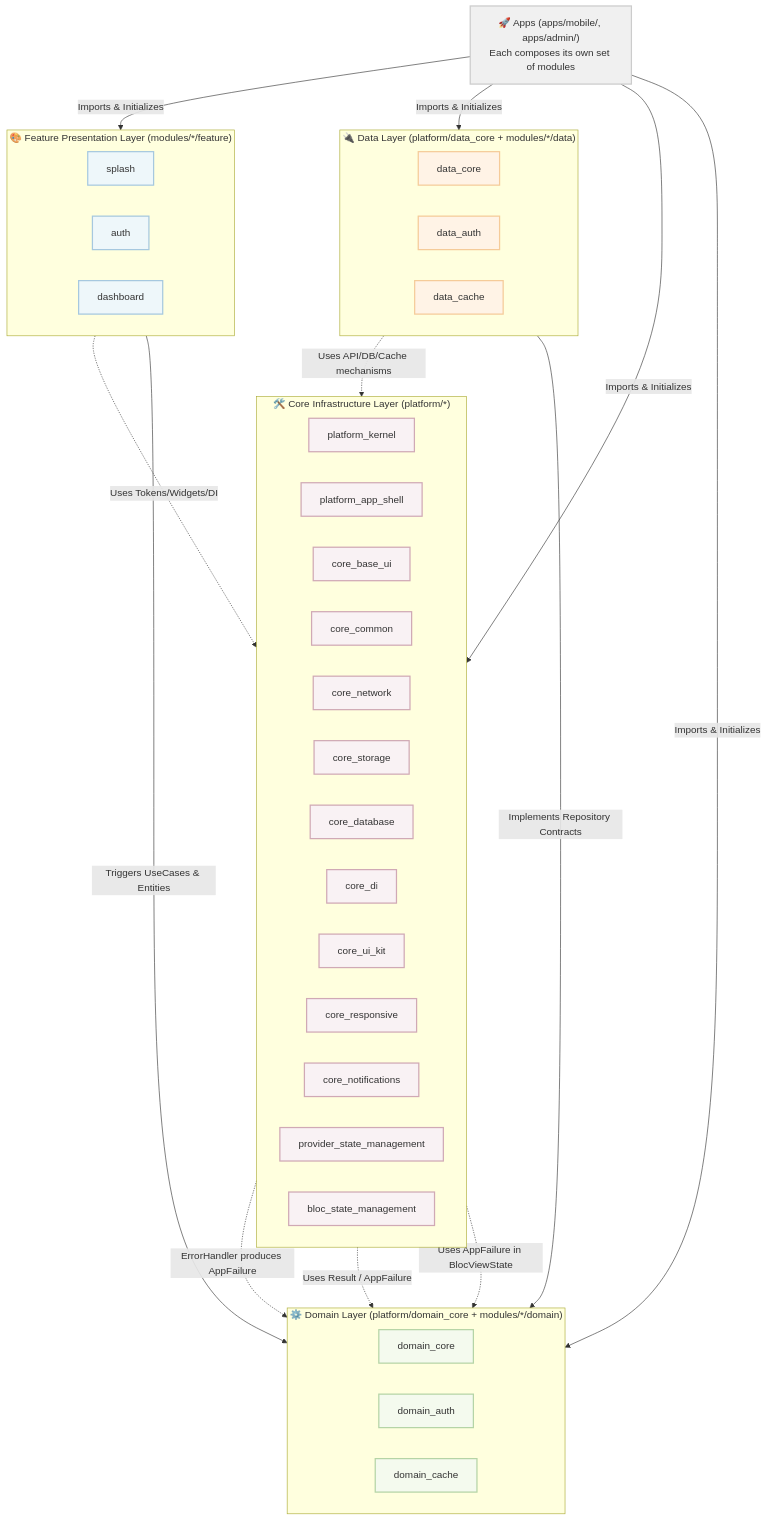
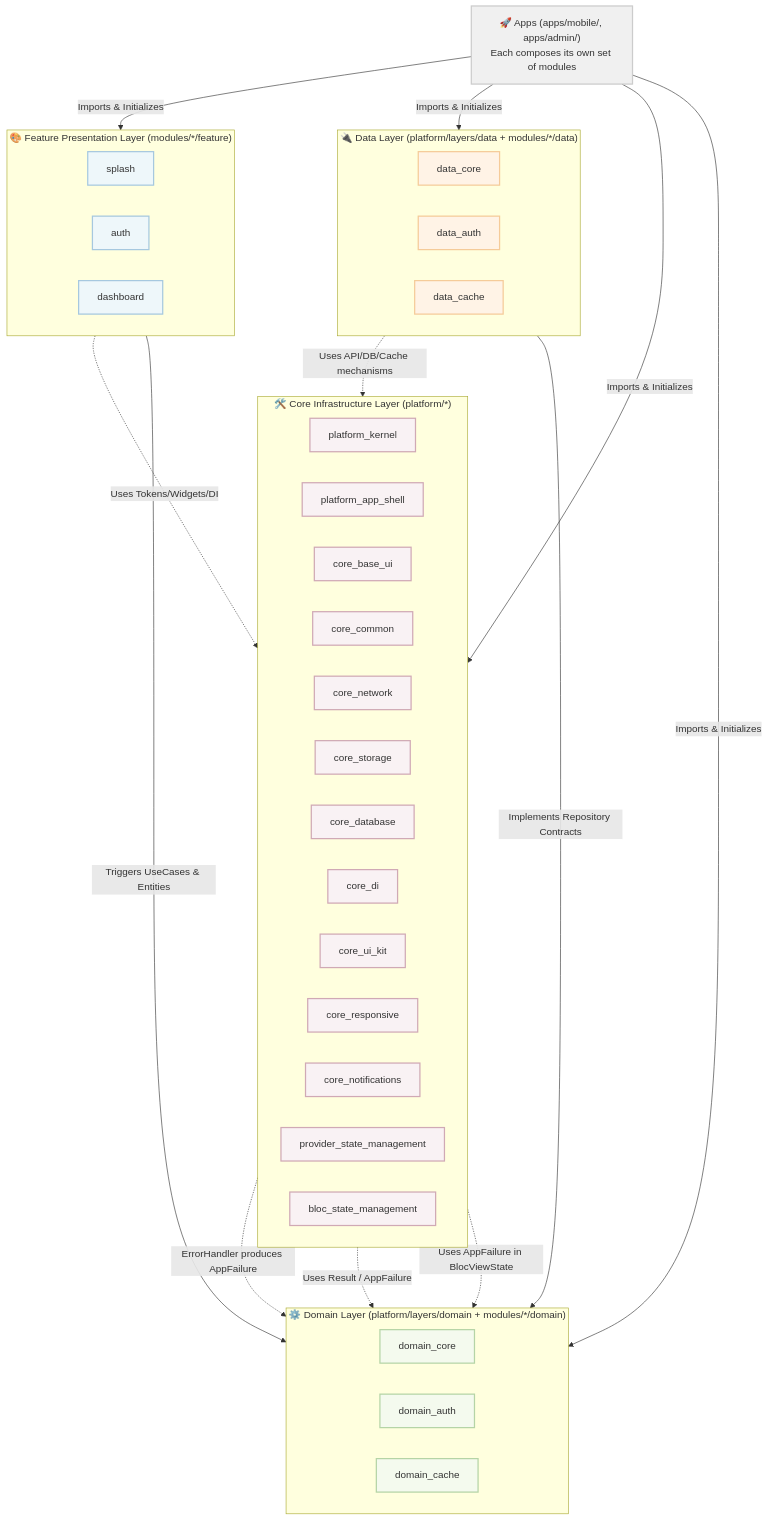
One commit to CaoGiaHieu-dev/flutter-monorepo-codebase changed the diagram in README.md. Above: the diagram before and after it, drawn with Mermaid. The commit also changed other lines of this file and 118 other files, not shown here.

First line of the commit message:
refactor(platform): regroup the 15 platform packages into foundation / layers / infra / ui / state / shell

````diff
--- a/README.md
+++ b/README.md
@@ -18,66 +18,66 @@
 ```mermaid
 graph TD
     classDef core fill:#f9f2f4,stroke:#d0a9b5,stroke-width:2px,color:#333;
     classDef feature fill:#eef7fa,stroke:#a6c8df,stroke-width:2px,color:#333;
     classDef domain fill:#f4faee,stroke:#b5d4a6,stroke-width:2px,color:#333;
     classDef data fill:#fff3e6,stroke:#f5cb99,stroke-width:2px,color:#333;
     classDef app fill:#f0f0f0,stroke:#cccccc,stroke-width:2px,color:#333;
 
     App["🚀 Apps (apps/mobile/, apps/admin/)<br/>Each composes its own set of modules"]:::app
 
     subgraph FeatureLayer ["🎨 Feature Presentation Layer (modules/*/feature)"]
         direction LR
         FeatSplash["splash"]:::feature
         FeatAuth["auth"]:::feature
         FeatDash["dashboard"]:::feature
     end
 
-    subgraph DataLayer ["🔌 Data Layer (platform/data_core + modules/*/data)"]
+    subgraph DataLayer ["🔌 Data Layer (platform/layers/data + modules/*/data)"]
         direction LR
         DataCore["data_core"]:::data
         DataAuth["data_auth"]:::data
         DataCache["data_cache"]:::data
     end
 
-    subgraph DomainLayer ["⚙️ Domain Layer (platform/domain_core + modules/*/domain)"]
+    subgraph DomainLayer ["⚙️ Domain Layer (platform/layers/domain + modules/*/domain)"]
         direction LR
         DomCore["domain_core"]:::domain
         DomAuth["domain_auth"]:::domain
         DomCache["domain_cache"]:::domain
     end
 
     subgraph CoreLayer ["🛠️ Core Infrastructure Layer (platform/*)"]
         direction LR
         CoreKern["platform_kernel"]:::core
         CoreShell["platform_app_shell"]:::core
         CoreUI["core_base_ui"]:::core
         CoreCom["core_common"]:::core
         CoreNet["core_network"]:::core
         CoreStore["core_storage"]:::core
         CoreDB["core_database"]:::core
         CoreDI["core_di"]:::core
         CoreKit["core_ui_kit"]:::core
         CoreResp["core_responsive"]:::core
         CoreNotif["core_notifications"]:::core
         CoreProv["provider_state_management"]:::core
         CoreBloc["bloc_state_management"]:::core
     end
 
     %% Cross-layer Relationships
     App -->|"Imports & Initializes"| FeatureLayer
     App -->|"Imports & Initializes"| DataLayer
     App -->|"Imports & Initializes"| DomainLayer
     App -->|"Imports & Initializes"| CoreLayer
 
     FeatureLayer -->|"Triggers UseCases & Entities"| DomainLayer
     DataLayer -->|"Implements Repository Contracts"| DomainLayer
 
     FeatureLayer -.->|"Uses Tokens/Widgets/DI"| CoreLayer
     DataLayer -.->|"Uses API/DB/Cache mechanisms"| CoreLayer
 
     %% Domain sits at the centre and depends on NOTHING.
     %% Core may depend on Domain — never the reverse.
     CoreKern -.->|"ErrorHandler produces AppFailure"| DomCore
     CoreProv -.->|"Uses Result / AppFailure"| DomCore
     CoreBloc -.->|"Uses AppFailure in BlocViewState"| DomCore
 ```
````
